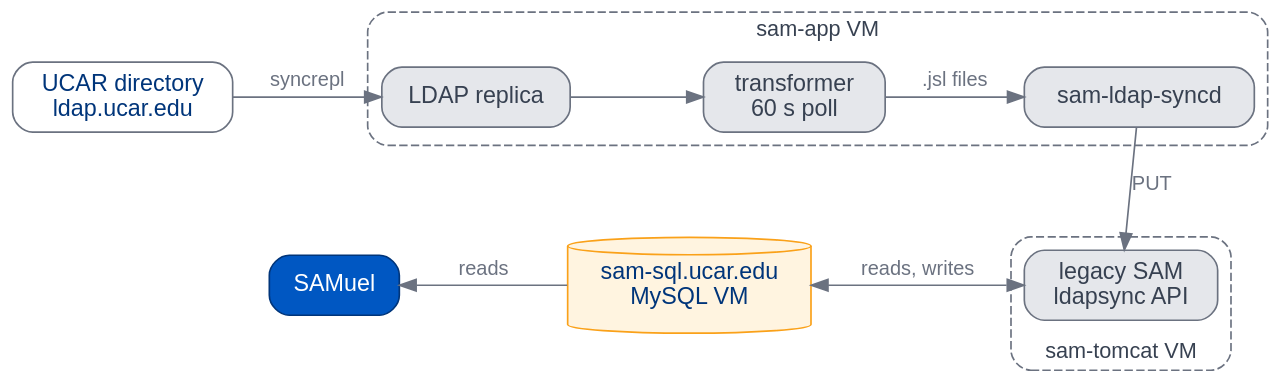
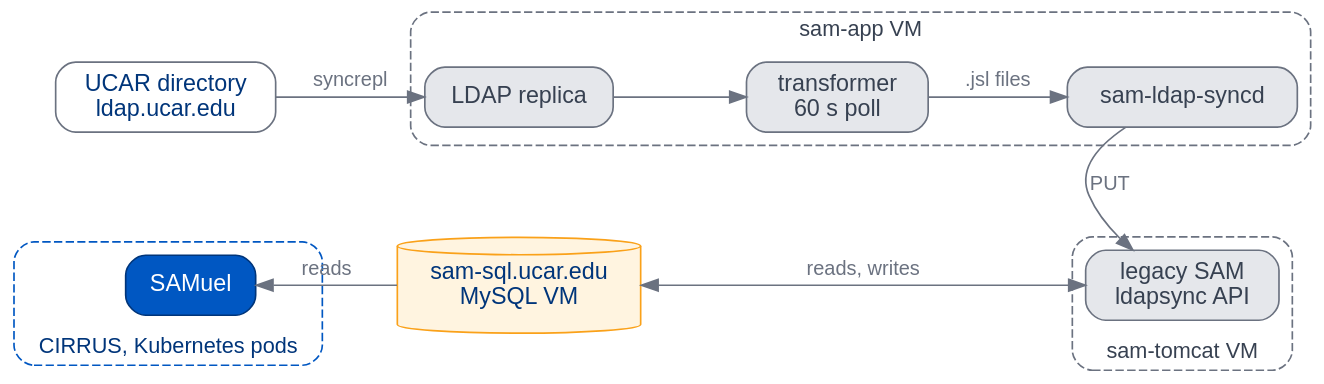
Before and after one commit to benkirk/quarto-docs-framework: the third of 6 diagrams in docs/samuel/_4-systems.qmd, drawn with Graphviz. The commit also changed other lines of this file and 2 other files, not shown here.

````diff
--- a/docs/samuel/_4-systems.qmd
+++ b/docs/samuel/_4-systems.qmd
@@ -195,33 +197,39 @@
 ```{dot}
 //| fig-width: 10
 digraph Identity {
   graph [rankdir=TB, newrank=true, nodesep=0.55, ranksep=0.7, bgcolor="transparent",
          fontname="Helvetica", fontsize=13, fontcolor="#374151"];
   node  [shape=box, style="rounded,filled", fontname="Helvetica", fontsize=14,
          fillcolor="#E5E7EB", color="#6B7280", fontcolor="#374151", margin="0.18,0.08"];
   edge  [fontname="Helvetica", fontsize=12, color="#6B7280", fontcolor="#6B7280"];
   dir    [label="UCAR directory\nldap.ucar.edu", fillcolor="#FFFFFF", fontcolor="#00357A"];
   subgraph cluster_app {
     label="sam-app VM"; style="rounded,dashed"; color="#6B7280";
     repl  [label="LDAP replica"];
     xf    [label="transformer\n60 s poll"];
     syncd [label="sam-ldap-syncd"];
   }
   subgraph cluster_tomcat {
     label="sam-tomcat VM"; labelloc=b; style="rounded,dashed"; color="#6B7280";
     tomcat [label="legacy SAM\nldapsync API"];
   }
   sql    [label="sam-sql.ucar.edu\nMySQL VM", shape=cylinder, fillcolor="#FFF4E0",
           color="#FAA119", fontcolor="#00357A"];
-  samuel [label="SAMuel", fillcolor="#0057C2", color="#00357A", fontcolor="#FFFFFF"];
+  subgraph cluster_cirrus {
+    label="CIRRUS, Kubernetes pods"; labelloc=b; style="rounded,dashed"; color="#0057C2";
+    fontcolor="#00357A";
+    samuel [label="SAMuel", fillcolor="#0057C2", color="#00357A", fontcolor="#FFFFFF"];
+  }
   {rank=same; dir; repl; xf; syncd}
   {rank=same; samuel; sql; tomcat}
   dir -> repl [label="syncrepl"];
   repl -> xf;
   xf -> syncd [label=".jsl files"];
   syncd -> tomcat [label="PUT"];
   samuel -> sql [dir=back, label="reads"];
   sql -> tomcat [dir=both, label="reads, writes"];
   dir -> samuel [style=invis];
+  repl -> sql [style=invis];
+  syncd -> tomcat [style=invis, weight=5];
 }
 ```
````
